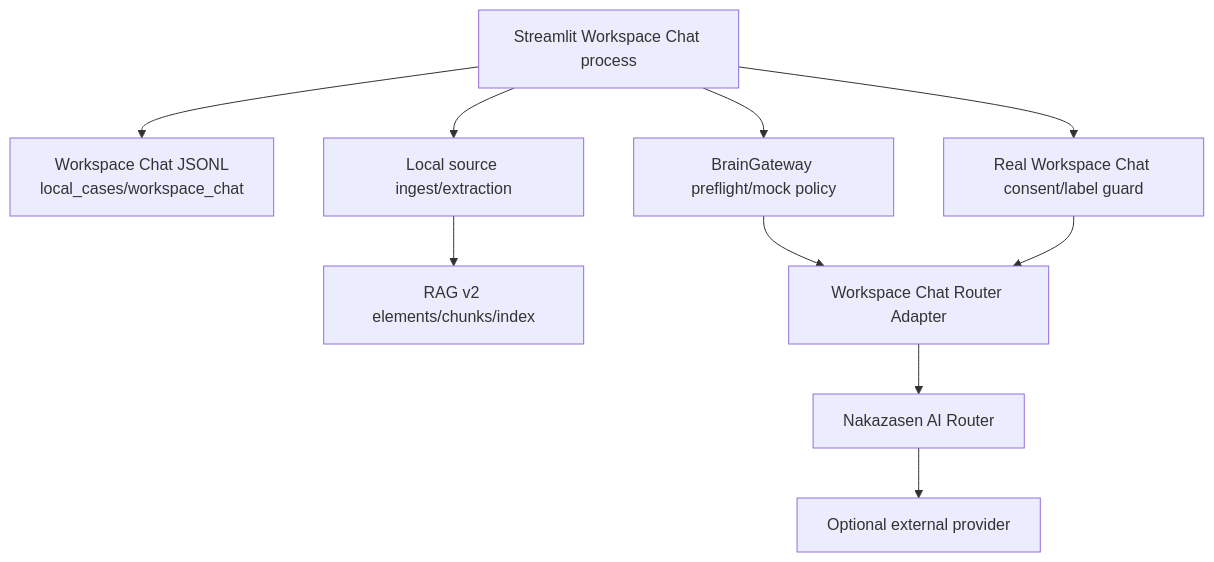
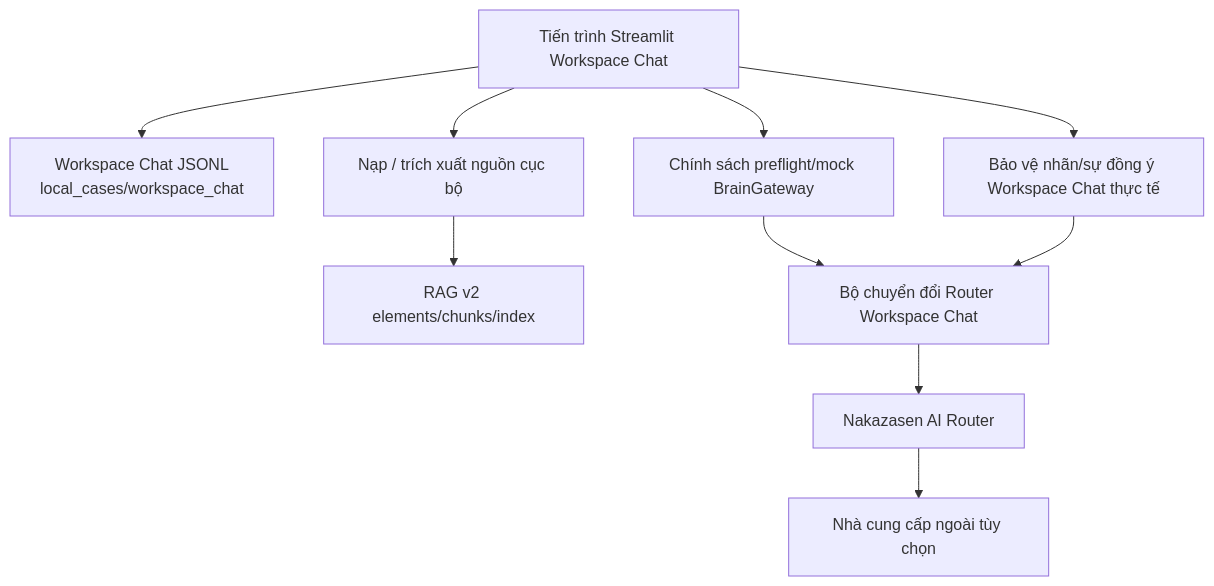
One commit to Nakazasen/AIOS_habbit changed the diagram in docs/architecture/CONTAINERS.md. Above: the diagram before and after it, drawn with Mermaid. The commit also changed other lines of this file and 419 other files, not shown here.

First line of the commit message:
docs(understand): add localized knowledge graph and update documentation

````diff
--- a/docs/architecture/CONTAINERS.md
+++ b/docs/architecture/CONTAINERS.md
@@ -8,22 +8,22 @@
 ```mermaid
 flowchart TB
-    UI["Streamlit Workspace Chat process"]
+    UI["Tiến trình Streamlit Workspace Chat"]
     Store["Workspace Chat JSONL\nlocal_cases/workspace_chat"]
-    Ingest["Local source ingest/extraction"]
+    Ingest["Nạp / trích xuất nguồn cục bộ"]
     RAG["RAG v2 elements/chunks/index"]
-    Gate["BrainGateway preflight/mock policy"]
-    Direct["Real Workspace Chat consent/label guard"]
-    Adapter["Workspace Chat Router Adapter"]
+    Gate["Chính sách preflight/mock BrainGateway"]
+    Direct["Bảo vệ nhãn/sự đồng ý Workspace Chat thực tế"]
+    Adapter["Bộ chuyển đổi Router Workspace Chat"]
     Router["Nakazasen AI Router"]
-    Provider["Optional external provider"]
+    Provider["Nhà cung cấp ngoài tùy chọn"]
 
     UI --> Store
     UI --> Ingest
     Ingest --> RAG
     UI --> Gate
     Gate --> Adapter
     UI --> Direct
     Direct --> Adapter
     Adapter --> Router
     Router --> Provider
 ```
````
